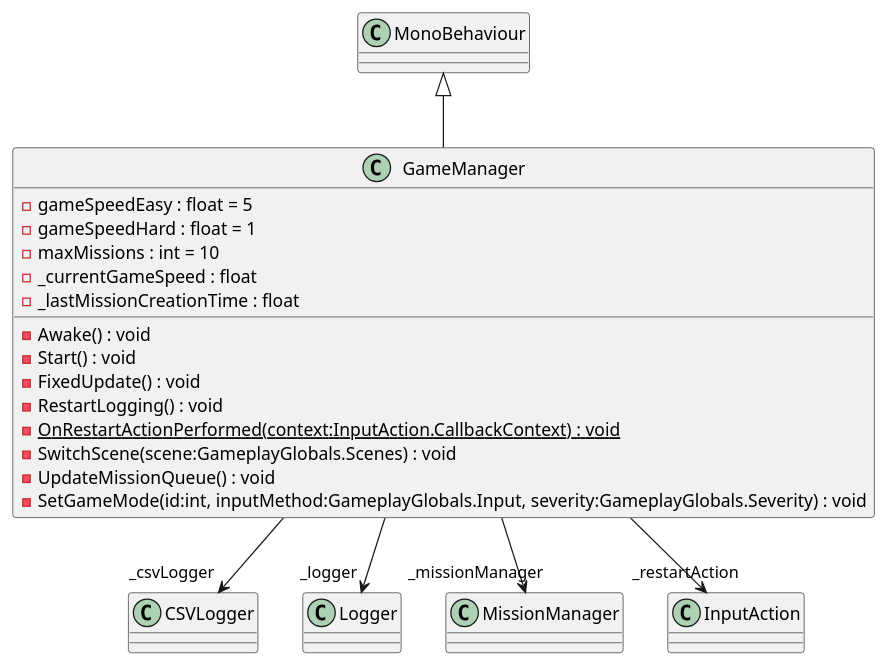
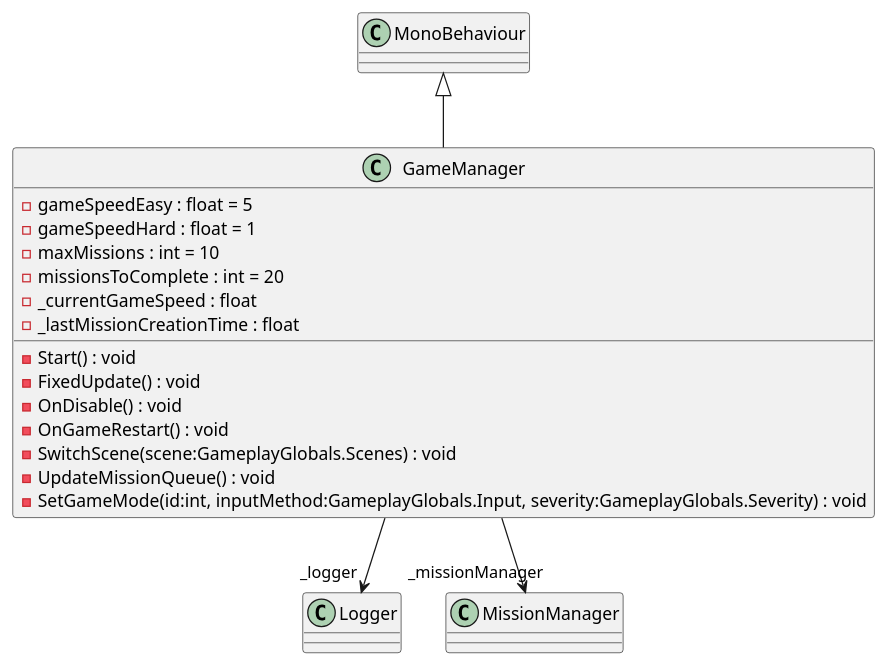
Before and after one commit to Ubus99/AVRO-Simulation: the diagram in Assets/Documentation/UML/Scripts/Gameplay/GameManager.puml, drawn with PlantUML. The commit also changed 105 other files, not shown here.

```diff
--- a/Assets/Documentation/UML/Scripts/Gameplay/GameManager.puml
+++ b/Assets/Documentation/UML/Scripts/Gameplay/GameManager.puml
@@ -1,22 +1,20 @@
 @startuml
 class GameManager {
     - gameSpeedEasy : float = 5
     - gameSpeedHard : float = 1
     - maxMissions : int = 10
+    - missionsToComplete : int = 20
     - _currentGameSpeed : float
     - _lastMissionCreationTime : float
-    - Awake() : void
     - Start() : void
     - FixedUpdate() : void
-    - RestartLogging() : void
-    {static} - OnRestartActionPerformed(context:InputAction.CallbackContext) : void
+    - OnDisable() : void
+    - OnGameRestart() : void
     - SwitchScene(scene:GameplayGlobals.Scenes) : void
     - UpdateMissionQueue() : void
     - SetGameMode(id:int, inputMethod:GameplayGlobals.Input, severity:GameplayGlobals.Severity) : void
 }
 MonoBehaviour <|-- GameManager
-GameManager --> "_csvLogger" CSVLogger
 GameManager --> "_logger" Logger
 GameManager --> "_missionManager" MissionManager
-GameManager --> "_restartAction" InputAction
 @enduml
```
